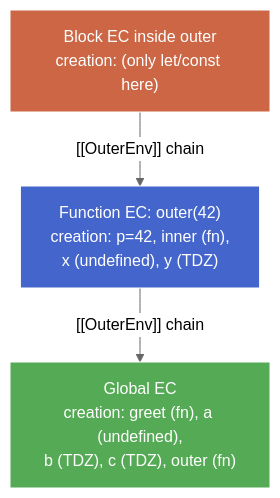
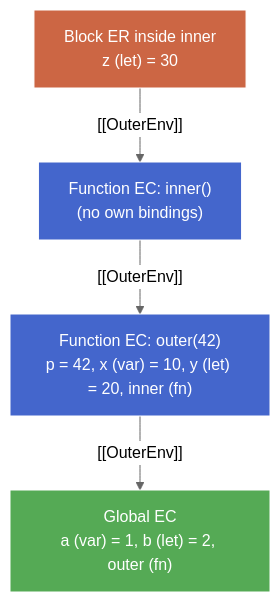
Before and after one commit to kltduong/study-notes: the second of 2 diagrams in courses/js-vars-scope/creation-execution-draft.md, drawn with Mermaid (neutral theme). The commit also changed other lines of this file, not shown here.

Commit message:
Improve creation-execution

````diff
--- a/courses/js-vars-scope/creation-execution-draft.md
+++ b/courses/js-vars-scope/creation-execution-draft.md
@@ -203,13 +225,16 @@
 ```mermaid
 graph TD
-    GEC["Global EC<br/>creation: greet (fn), a (undefined),<br/>b (TDZ), c (TDZ), outer (fn)"]
-    OEC["Function EC: outer(42)<br/>creation: p=42, inner (fn),<br/>x (undefined), y (TDZ)"]
-    BEC["Block EC inside outer<br/>creation: (only let/const here)"]
+    GEC["Global EC<br/>a (var) = 1, b (let) = 2, outer (fn)"]
+    OEC["Function EC: outer(42)<br/>p = 42, x (var) = 10, y (let) = 20, inner (fn)"]
+    IEC["Function EC: inner()<br/>(no own bindings)"]
+    BEC["Block ER inside inner<br/>z (let) = 30"]
 
-    OEC -->|"[[OuterEnv]] chain"| GEC
-    BEC -->|"[[OuterEnv]] chain"| OEC
+    IEC -->|"[[OuterEnv]]"| OEC
+    OEC -->|"[[OuterEnv]]"| GEC
+    BEC -->|"[[OuterEnv]]"| IEC
 
     style GEC fill:#5a5,stroke:#fff,color:#fff
     style OEC fill:#46c,stroke:#fff,color:#fff
+    style IEC fill:#46c,stroke:#fff,color:#fff
     style BEC fill:#c64,stroke:#fff,color:#fff
 ```
````
